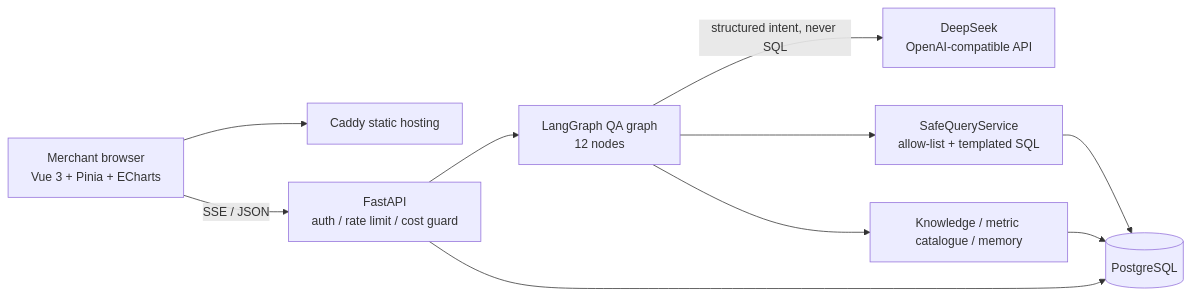
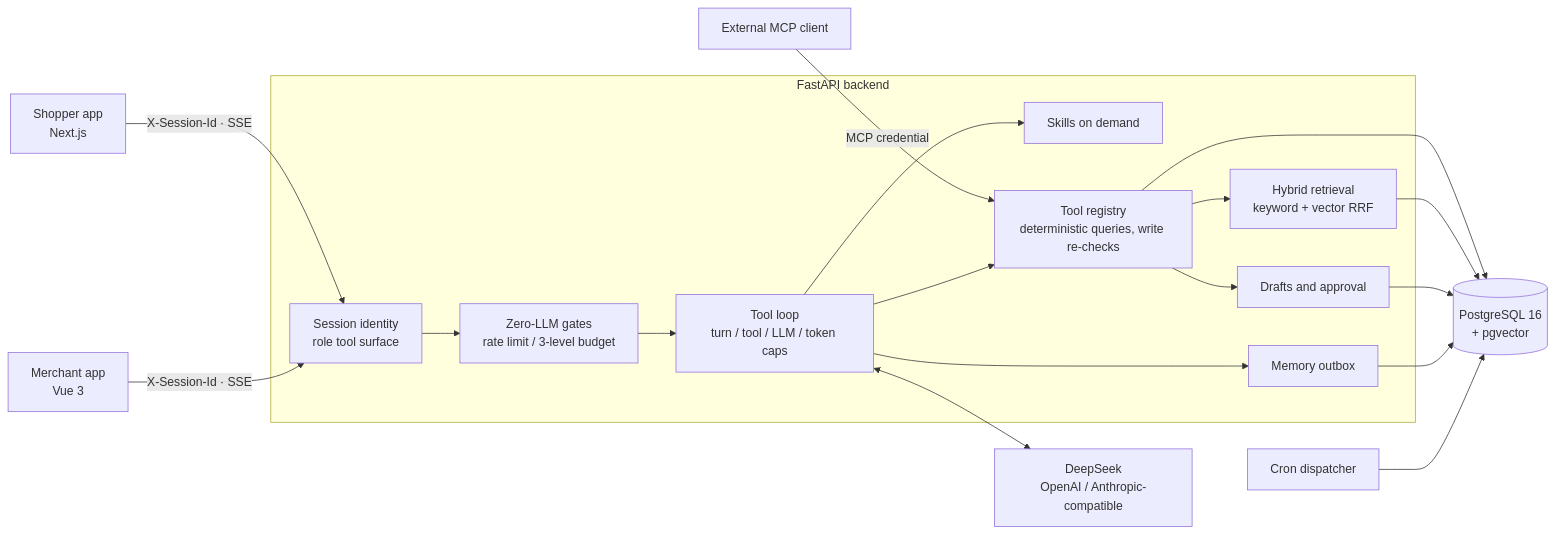
One commit to XuZiHan-010/shopping_assistant changed the diagram in README.en.md. Above: the diagram before and after it, drawn with Mermaid. The commit also changed other lines of this file and 30 other files, not shown here.

First line of the commit message:
docs: README 按双端 Agent 平台重写并更换截图，求职资料移出版本库

````diff
--- a/README.en.md
+++ b/README.en.md
@@ -154,21 +114,37 @@
 ```mermaid
 flowchart LR
-    U["Merchant browser<br/>Vue 3 + Pinia + ECharts"]
-    C["Caddy static hosting"]
-    A["FastAPI<br/>auth / rate limit / cost guard"]
-    G["LangGraph QA graph<br/>12 nodes"]
-    L["DeepSeek<br/>OpenAI-compatible API"]
-    Q["SafeQueryService<br/>allow-list + templated SQL"]
-    K["Knowledge / metric catalogue / memory"]
-    P[("PostgreSQL")]
+    S["Shopper app<br/>Next.js"]
+    M["Merchant app<br/>Vue 3"]
+    X["External MCP client"]
 
-    U --> C
-    U -- "SSE / JSON" --> A
-    A --> G
-    G -- "structured intent, never SQL" --> L
-    G --> K
-    G --> Q
-    Q --> P
-    K --> P
-    A --> P
+    subgraph API["FastAPI backend"]
+        ID["Session identity<br/>role tool surface"]
+        GATE["Zero-LLM gates<br/>rate limit / 3-level budget"]
+        LOOP["Tool loop<br/>turn / tool / LLM / token caps"]
+        SK["Skills on demand"]
+        TOOLS["Tool registry<br/>deterministic queries, write re-checks"]
+        DRAFT["Drafts and approval"]
+        MEM["Memory outbox"]
+        RAG["Hybrid retrieval<br/>keyword + vector RRF"]
+    end
+
+    LLM["DeepSeek<br/>OpenAI / Anthropic-compatible"]
+    PG[("PostgreSQL 16<br/>+ pgvector")]
+    CRON["Cron dispatcher"]
+
+    S -- "X-Session-Id · SSE" --> ID
+    M -- "X-Session-Id · SSE" --> ID
+    X -- "MCP credential" --> TOOLS
+    ID --> GATE --> LOOP
+    LOOP <--> LLM
+    LOOP --> SK
+    LOOP --> TOOLS
+    TOOLS --> RAG
+    TOOLS --> DRAFT
+    LOOP --> MEM
+    TOOLS --> PG
+    RAG --> PG
+    DRAFT --> PG
+    MEM --> PG
+    CRON --> PG
 ```
````
